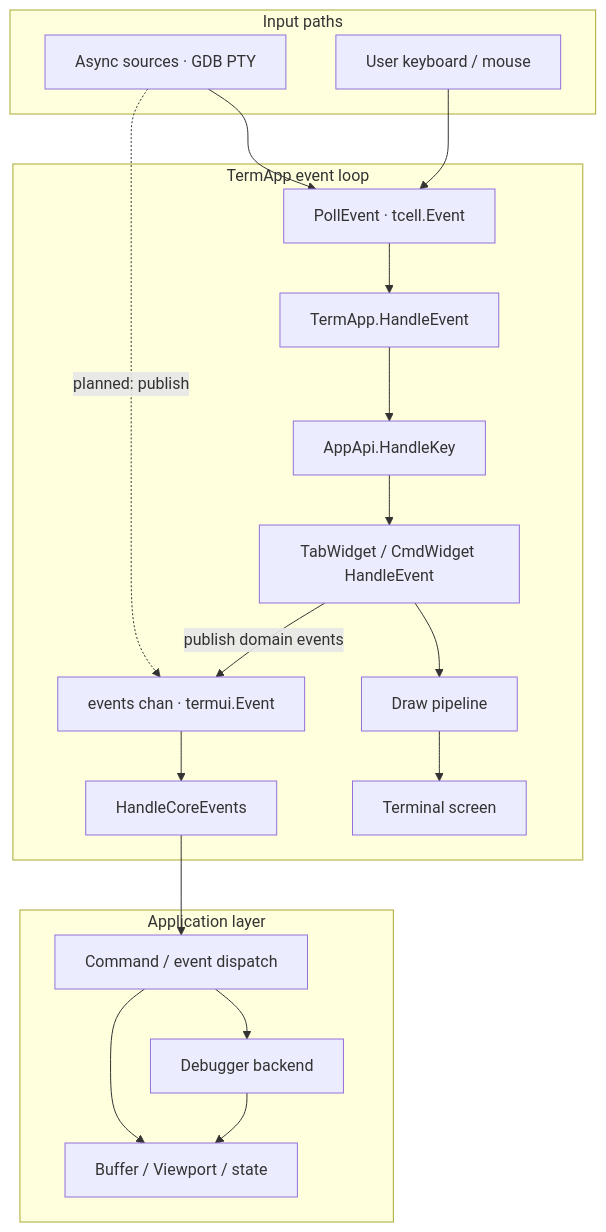
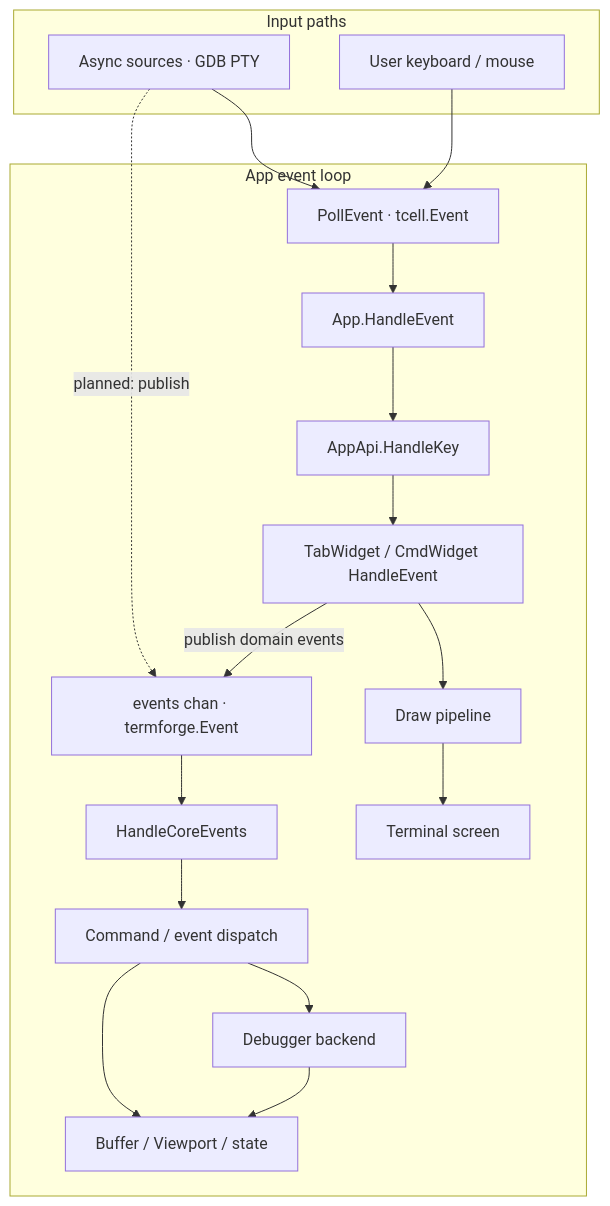
The eighth of 11 diagrams in docs/ARCHITECTURE.md (yairgd/gdbforge), drawn with Mermaid before and after one commit. The commit also changed other lines of this file and 267 other files, not shown here.

````diff
--- a/docs/ARCHITECTURE.md
+++ b/docs/ARCHITECTURE.md
@@ -755,37 +755,37 @@
 ```mermaid
 flowchart TB
     subgraph Input["Input paths"]
         User["User keyboard / mouse"]
         Async["Async sources · GDB PTY"]
     end
 
-    subgraph TermApp["TermApp event loop"]
+    subgraph App["App event loop"]
         Poll["PollEvent · tcell.Event"]
-        Bus["events chan · termui.Event"]
-        TermHandler["TermApp.HandleEvent"]
+        Bus["events chan · termforge.Event"]
+        TermHandler["App.HandleEvent"]
         HandleKey["AppApi.HandleKey"]
         Widgets["TabWidget / CmdWidget HandleEvent"]
         CoreHub["HandleCoreEvents"]
         Draw["Draw pipeline"]
         Screen["Terminal screen"]
     end
 
     subgraph App["Application layer"]
         Dispatch["Command / event dispatch"]
         Debugger["Debugger backend"]
         Model["Buffer / Viewport / state"]
     end
 
     User --> Poll
     Async --> Poll
     Poll --> TermHandler
     TermHandler --> HandleKey --> Widgets
     Widgets -->|"publish domain events"| Bus
     Async -.->|"planned: publish"| Bus
     Bus --> CoreHub --> Dispatch
     Dispatch --> Debugger
     Debugger --> Model
     Dispatch --> Model
     Widgets --> Draw
     Draw --> Screen
 ```
````
